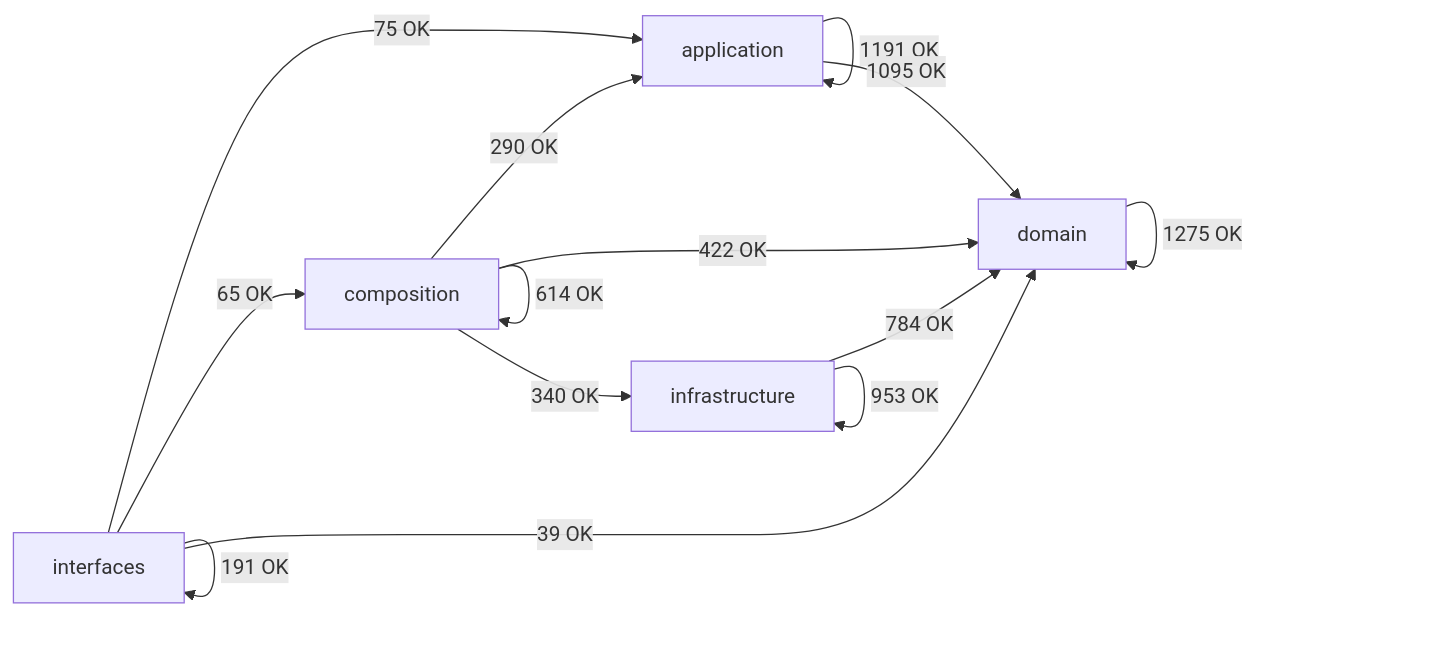
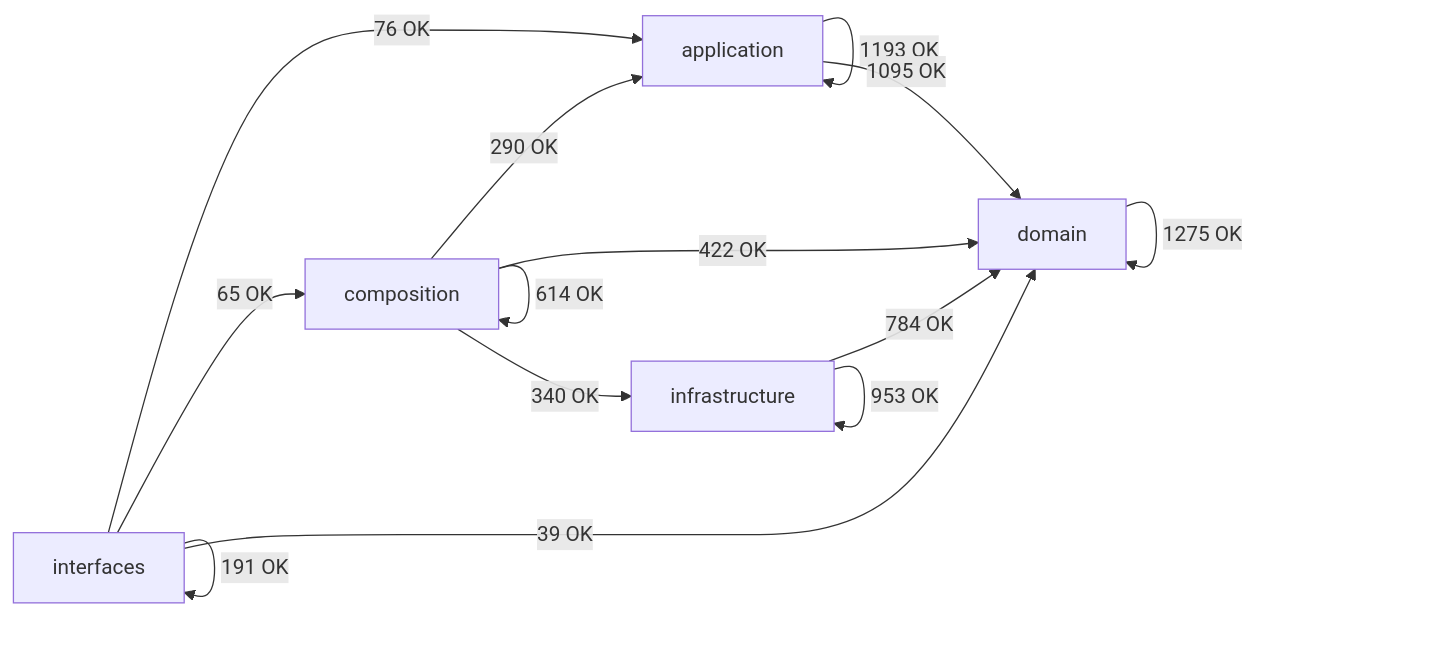
One commit to SatoryKono/BioactivityDataAcquisition changed the diagram in docs/02-architecture/generated/module-dependency-map.md. Above: the diagram before and after it, drawn with Mermaid. The commit also changed other lines of this file and 35 other files, not shown here.

````diff
--- a/docs/02-architecture/generated/module-dependency-map.md
+++ b/docs/02-architecture/generated/module-dependency-map.md
@@ -17,21 +17,21 @@
 ```mermaid
 flowchart LR
     domain[domain]
     application[application]
     infrastructure[infrastructure]
     composition[composition]
     interfaces[interfaces]
-    application -->|1191 OK| application
+    application -->|1193 OK| application
     application -->|1095 OK| domain
     composition -->|290 OK| application
     composition -->|614 OK| composition
     composition -->|422 OK| domain
     composition -->|340 OK| infrastructure
     domain -->|1275 OK| domain
     infrastructure -->|784 OK| domain
     infrastructure -->|953 OK| infrastructure
-    interfaces -->|75 OK| application
+    interfaces -->|76 OK| application
     interfaces -->|65 OK| composition
     interfaces -->|39 OK| domain
     interfaces -->|191 OK| interfaces
 ```
````
